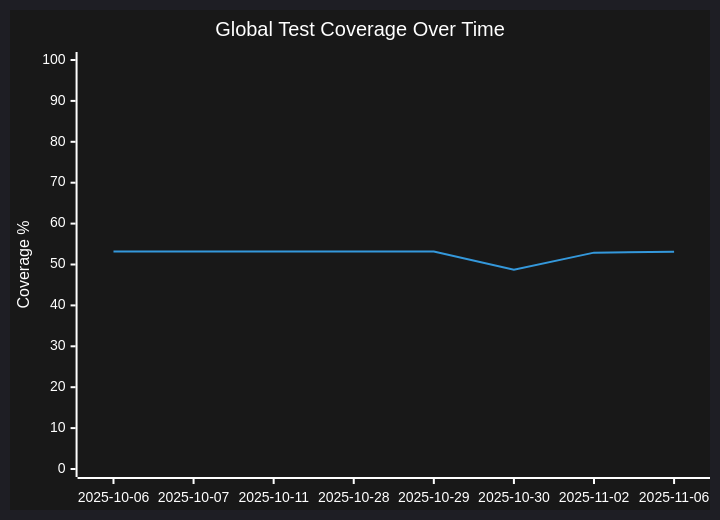
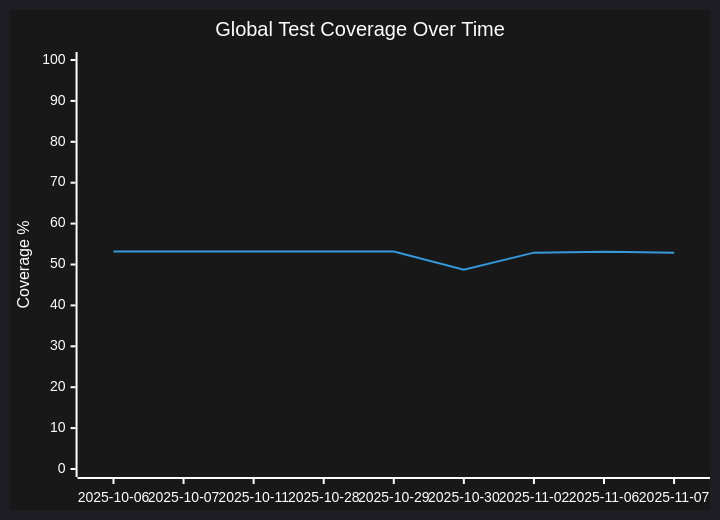
One commit to dianlight/srat changed the third of 3 diagrams in docs/TEST_COVERAGE.md. Above: the diagram before and after it, drawn with Mermaid. The commit also changed other lines of this file and 2 other files, not shown here.

````diff
--- a/docs/TEST_COVERAGE.md
+++ b/docs/TEST_COVERAGE.md
@@ -181,8 +181,8 @@
 ```mermaid
 %%{init: {'theme':'dark', 'themeVariables': { 'primaryColor':'#222','primaryTextColor':'#fff','primaryBorderColor':'#388E3C','lineColor':'#2196F3','secondaryColor':'#FFC107','tertiaryColor':'#fff','background':'#181818'}}}%%
 xychart-beta
   title "Global Test Coverage Over Time"
-  x-axis [2025-10-06, 2025-10-07, 2025-10-11, 2025-10-28, 2025-10-29, 2025-10-30, 2025-11-02, 2025-11-06]
+  x-axis [2025-10-06, 2025-10-07, 2025-10-11, 2025-10-28, 2025-10-29, 2025-10-30, 2025-11-02, 2025-11-06, 2025-11-07]
   y-axis "Coverage %" 0 --> 100
-  line [53.2, 53.2, 53.2, 53.2, 53.2, 48.7, 52.9, 53.1]
+  line [53.2, 53.2, 53.2, 53.2, 53.2, 48.7, 52.9, 53.1, 52.9]
 ```
````
